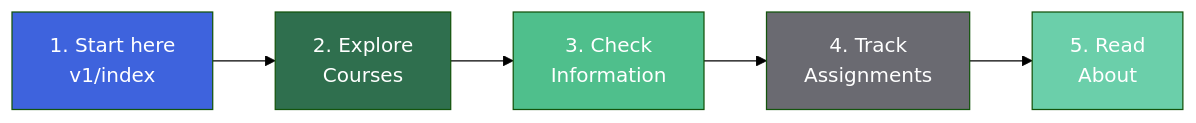
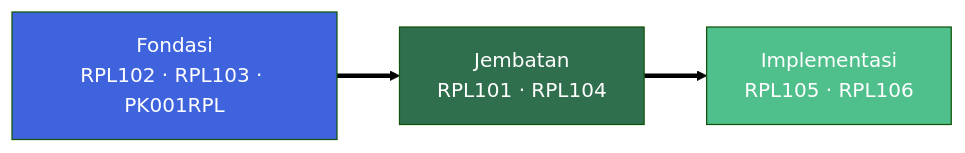
The diagram in docs/v1/index.md (mroczect/lectures), drawn with Mermaid (forest theme) before and after one commit. The commit also changed other lines of this file and 24 other files, not shown here.

````diff
--- a/docs/v1/index.md
+++ b/docs/v1/index.md
@@ -161,13 +49,8 @@
 ```mermaid
 flowchart LR
-    A["1. Start here<br/>v1/index"] --> B["2. Explore<br/>Courses"]
-    B --> C["3. Check<br/>Information"]
-    C --> D["4. Track<br/>Assignments"]
-    D --> E["5. Read<br/>About"]
+    F1["Fondasi<br/>RPL102 · RPL103 · PK001RPL"] ==> F2["Jembatan<br/>RPL101 · RPL104"] ==> F3["Implementasi<br/>RPL105 · RPL106"]
 
-    style A fill:#3e63dd,color:#fff
-    style B fill:#2f6f4e,color:#fff
-    style C fill:#4fbf8c,color:#fff
-    style D fill:#6a6a71,color:#fff
-    style E fill:#6bcfaa,color:#fff
+    style F1 fill:#3e63dd,color:#fff
+    style F2 fill:#2f6f4e,color:#fff
+    style F3 fill:#4fbf8c,color:#fff
 ```
````
